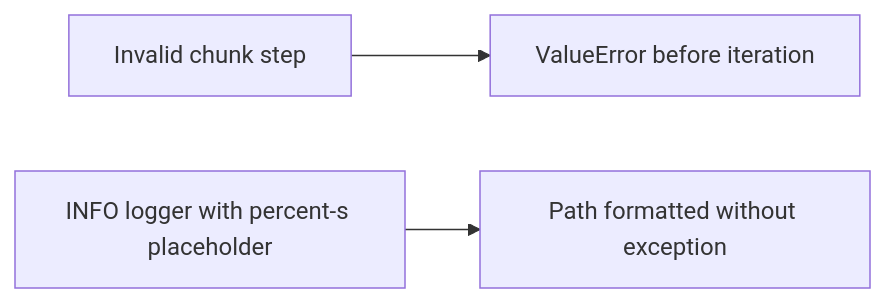
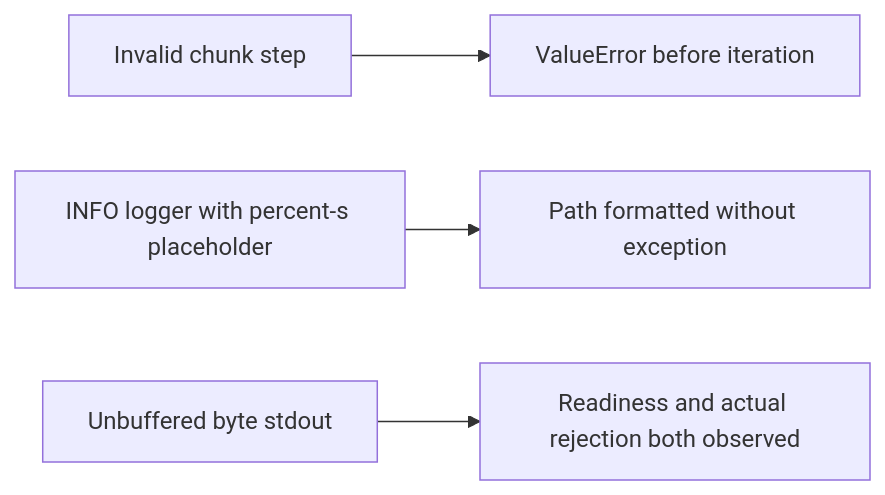
The tenth of 10 diagrams in docs/learnings/2026-11-13-coverage-configuration.md (gwicho38/mcli), drawn with Mermaid before and after one commit. The commit also changed other lines of this file and 5 other files, not shown here.

````diff
--- a/docs/learnings/2026-11-13-coverage-configuration.md
+++ b/docs/learnings/2026-11-13-coverage-configuration.md
@@ -161,5 +200,6 @@
 ```mermaid
 flowchart LR
     A[Invalid chunk step] --> B[ValueError before iteration]
     C[INFO logger with percent-s placeholder] --> D[Path formatted without exception]
+    E[Unbuffered byte stdout] --> F[Readiness and actual rejection both observed]
 ```
````
